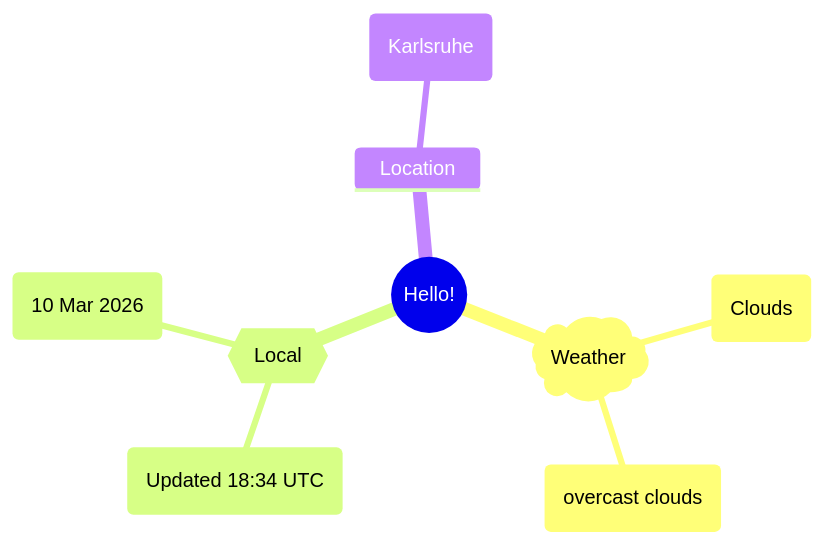
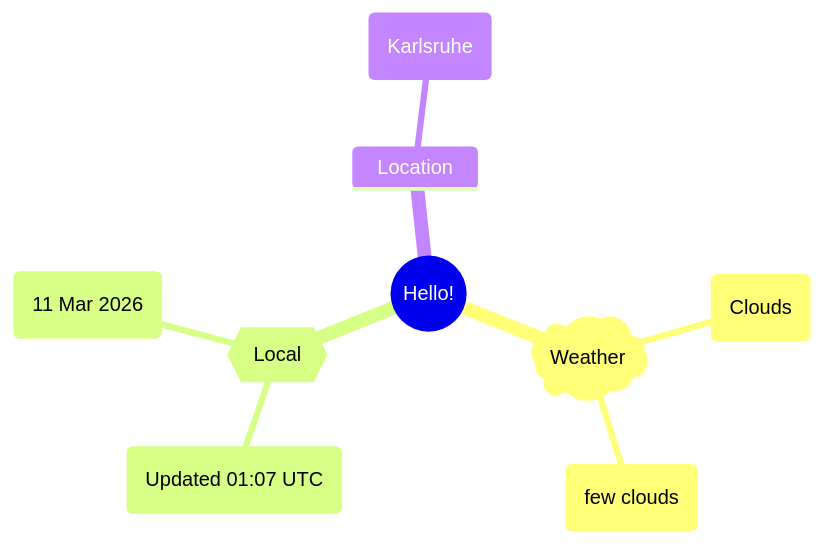
One commit to Xosrov/Xosrov changed the first of 2 diagrams in README.md. Above: the diagram before and after it, drawn with Mermaid.

Commit message:
[bot] updated images

````diff
--- a/README.md
+++ b/README.md
@@ -3,12 +3,12 @@
 ```mermaid
 mindmap
   root((Hello!))
     )Weather(
         (Clouds)
-        (overcast clouds)
+        (few clouds)
     {{Local}}
-        (Updated 18:34 UTC)
-        (10 Mar 2026)
+        (Updated 01:07 UTC)
+        (11 Mar 2026)
     Location
         (Karlsruhe)
 ```
````
